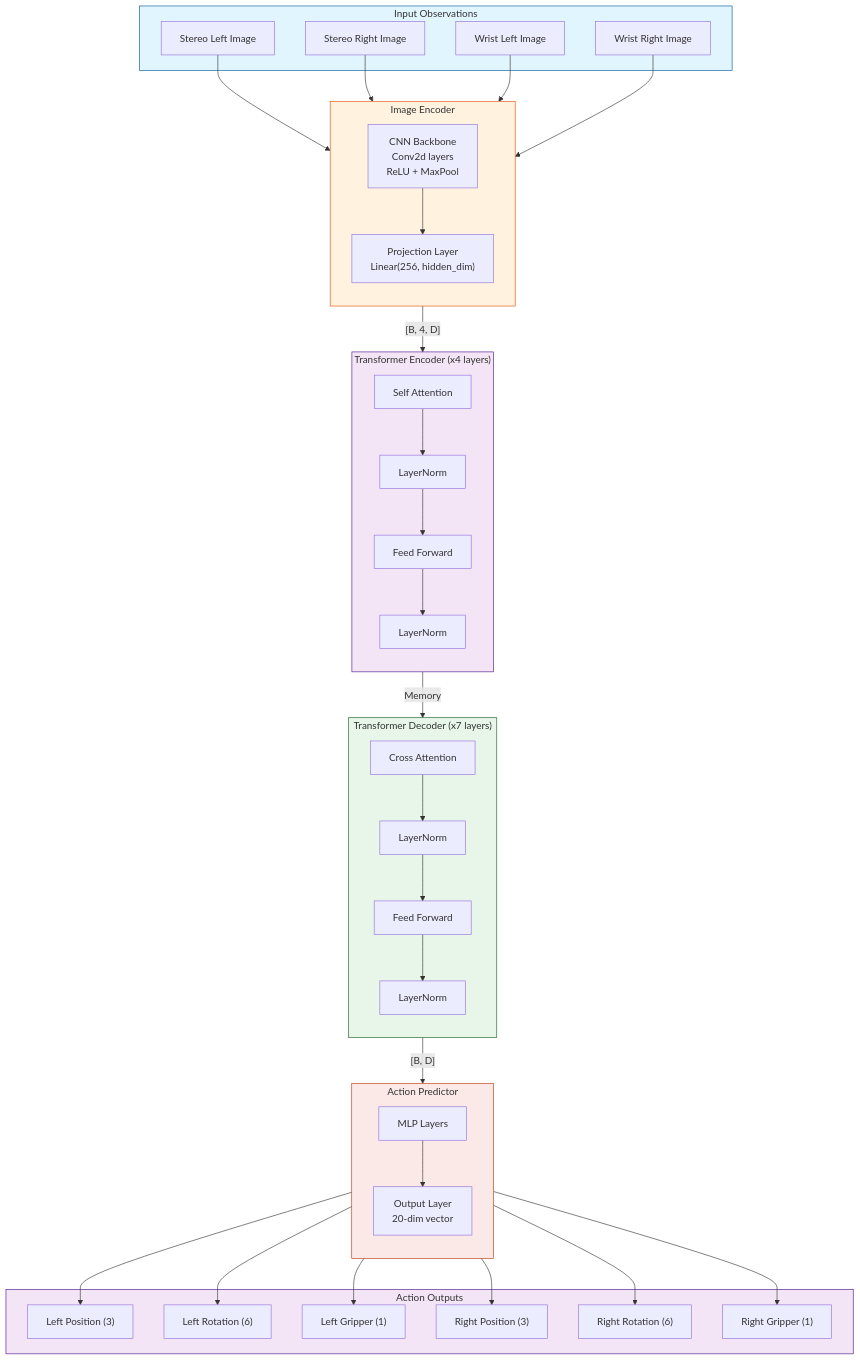
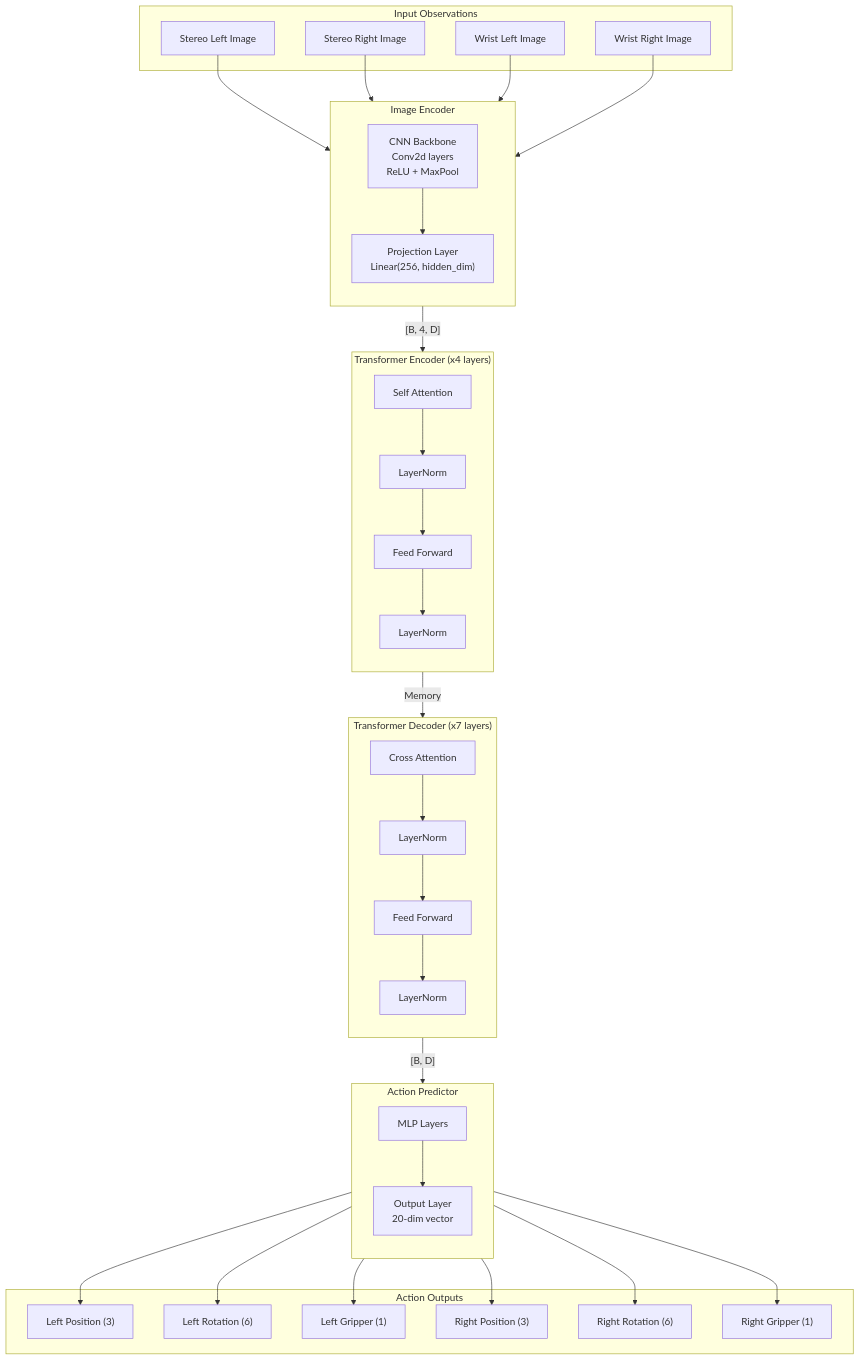
Before and after one commit to Agora-Lab-AI/SRT: the diagram in README.md, drawn with Mermaid. The commit also changed other lines of this file, not shown here.

Commit message:
[MERMAID GRAPH]

````diff
--- a/README.md
+++ b/README.md
@@ -92,71 +91,65 @@
 ```mermaid
 flowchart TB
     subgraph Inputs["Input Observations"]
         SL[Stereo Left Image]
         SR[Stereo Right Image]
         WL[Wrist Left Image]
         WR[Wrist Right Image]
     end
 
     subgraph ImageEncoder["Image Encoder"]
         direction TB
         CNN["CNN Backbone
         Conv2d layers
         ReLU + MaxPool"]
         Proj["Projection Layer
         Linear(256, hidden_dim)"]
         CNN --> Proj
     end
 
     subgraph TransformerEncoder["Transformer Encoder (x4 layers)"]
         direction TB
         SA["Self Attention"]
         FF["Feed Forward"]
         N1["LayerNorm"]
         N2["LayerNorm"]
         SA --> N1
         N1 --> FF
         FF --> N2
     end
 
     subgraph TransformerDecoder["Transformer Decoder (x7 layers)"]
         direction TB
         CA["Cross Attention"]
         FFD["Feed Forward"]
         N3["LayerNorm"]
         N4["LayerNorm"]
         CA --> N3
         N3 --> FFD
         FFD --> N4
     end
 
     subgraph ActionPredictor["Action Predictor"]
         direction TB
         MLP["MLP Layers"]
         Out["Output Layer 
         20-dim vector"]
         MLP --> Out
     end
 
     subgraph Outputs["Action Outputs"]
         LP["Left Position (3)"]
         LR["Left Rotation (6)"]
         LG["Left Gripper (1)"]
         RP["Right Position (3)"]
         RR["Right Rotation (6)"]
         RG["Right Gripper (1)"]
     end
 
     SL & SR & WL & WR --> ImageEncoder
     ImageEncoder --> |"[B, 4, D]"| TransformerEncoder
     TransformerEncoder --> |"Memory"| TransformerDecoder
     TransformerDecoder --> |"[B, D]"| ActionPredictor
     ActionPredictor --> LP & LR & LG & RP & RR & RG
 
-    style Inputs fill:#e1f5fe,stroke:#01579b
-    style ImageEncoder fill:#fff3e0,stroke:#e65100
-    style TransformerEncoder fill:#f3e5f5,stroke:#4a148c
-    style TransformerDecoder fill:#e8f5e9,stroke:#1b5e20
-    style ActionPredictor fill:#fbe9e7,stroke:#bf360c
-    style Outputs fill:#f3e5f5,stroke:#4a148c
 ```
````
